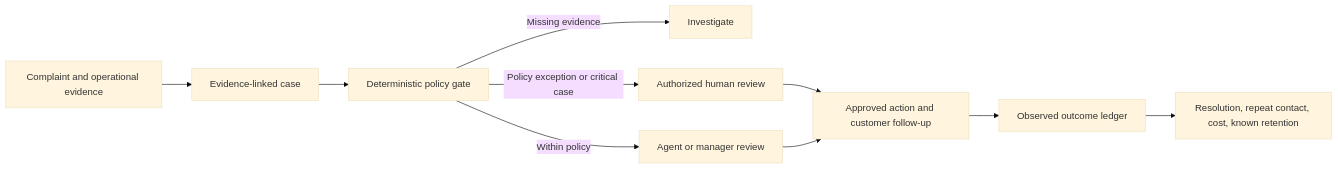
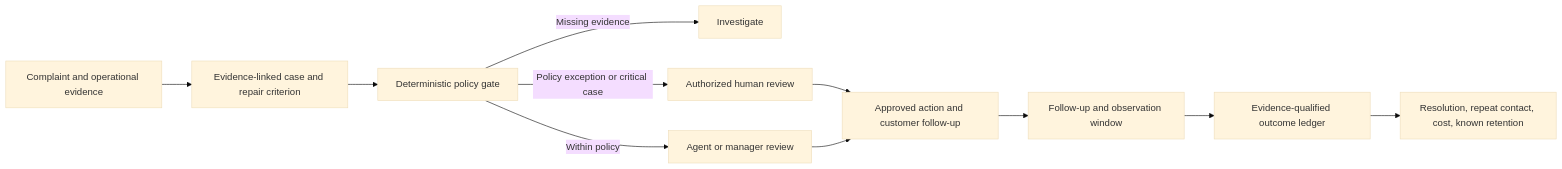
Before and after one commit to shuyan-code/evidence-backed-recovery: the diagram in README.md, drawn with Mermaid (base theme). The commit also changed other lines of this file and 11 other files, not shown here.

Commit message:
feat: qualify recovery outcomes with evidence and observation windows

````diff
--- a/README.md
+++ b/README.md
@@ -36,12 +34,13 @@
 ```mermaid
 flowchart LR
-  A[Complaint and operational evidence] --> B[Evidence-linked case]
+  A[Complaint and operational evidence] --> B[Evidence-linked case and repair criterion]
   B --> C[Deterministic policy gate]
   C -->|Missing evidence| D[Investigate]
   C -->|Policy exception or critical case| E[Authorized human review]
   C -->|Within policy| F[Agent or manager review]
   E --> G[Approved action and customer follow-up]
   F --> G
-  G --> H[Observed outcome ledger]
-  H --> I[Resolution, repeat contact, cost, known retention]
+  G --> H[Follow-up and observation window]
+  H --> I[Evidence-qualified outcome ledger]
+  I --> J[Resolution, repeat contact, cost, known retention]
 ```
````
